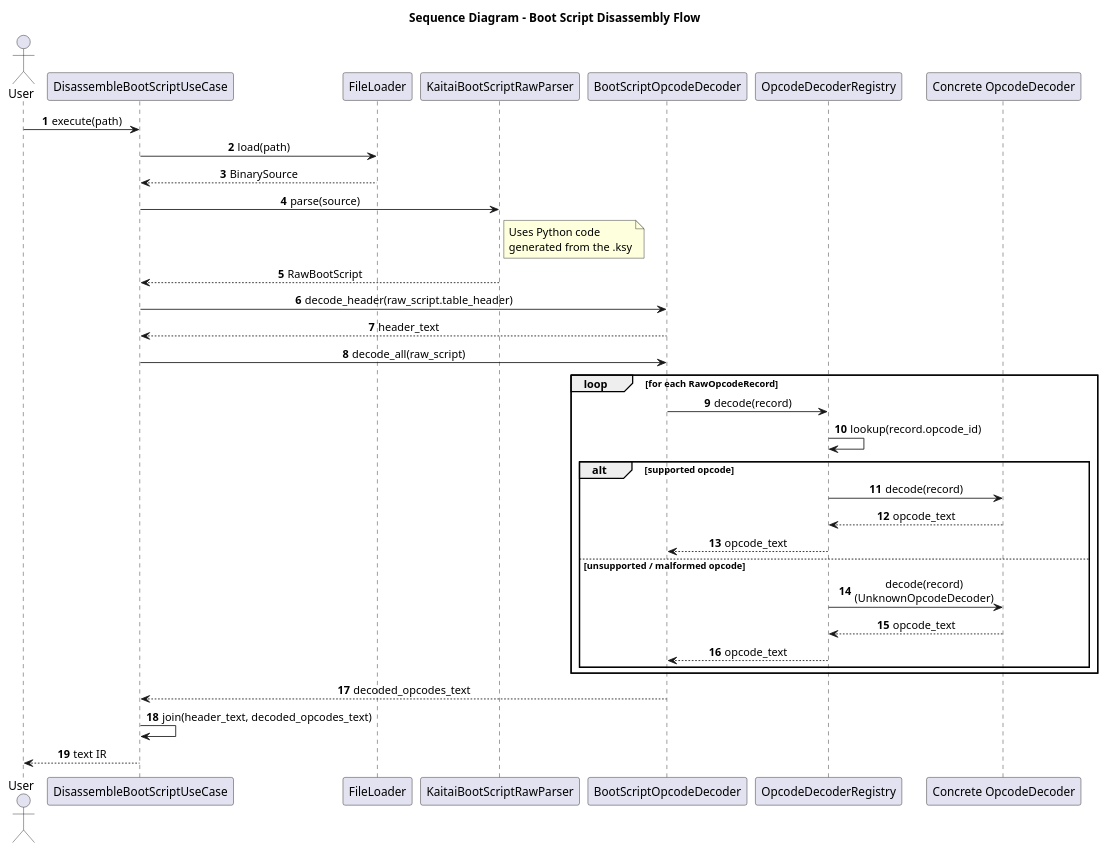
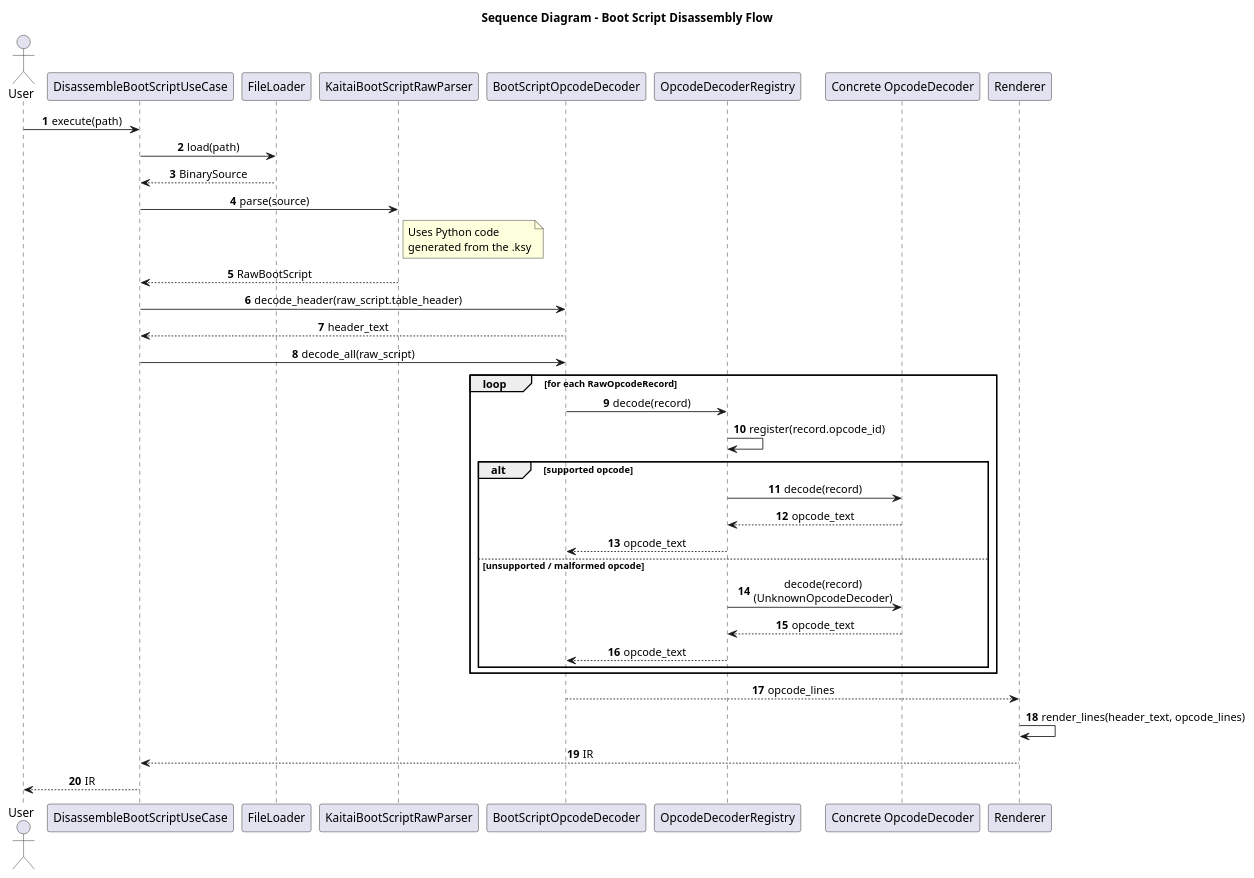
Before and after one commit to AguTrachta/s3bootscript-analyzer: the diagram in docs/diagrams/dissasembler_sequence_diagram.puml, drawn with PlantUML. The commit also changed 3 other files, not shown here.

Commit message:
refactor: diagrams updated

```diff
--- a/docs/diagrams/dissasembler_sequence_diagram.puml
+++ b/docs/diagrams/dissasembler_sequence_diagram.puml
@@ -1,53 +1,56 @@
 @startuml
 title Sequence Diagram - Boot Script Disassembly Flow
 
 autonumber
 skinparam shadowing false
 skinparam sequenceMessageAlign center
 skinparam responseMessageBelowArrow true
 
 actor User
 participant "DisassembleBootScriptUseCase" as UseCase
 participant "FileLoader" as FileLoader
 participant "KaitaiBootScriptRawParser" as RawParser
 participant "BootScriptOpcodeDecoder" as ScriptDecoder
 participant "OpcodeDecoderRegistry" as Registry
 participant "Concrete OpcodeDecoder" as ConcreteDecoder
 
 User -> UseCase : execute(path)
 
 UseCase -> FileLoader : load(path)
 FileLoader --> UseCase : BinarySource
 
 UseCase -> RawParser : parse(source)
 note right of RawParser
   Uses Python code
   generated from the .ksy
 end note
 RawParser --> UseCase : RawBootScript
 
 UseCase -> ScriptDecoder : decode_header(raw_script.table_header)
 ScriptDecoder --> UseCase : header_text
 
 UseCase -> ScriptDecoder : decode_all(raw_script)
 
 loop for each RawOpcodeRecord
   ScriptDecoder -> Registry : decode(record)
-  Registry -> Registry : lookup(record.opcode_id)
+  Registry -> Registry : register(record.opcode_id)
 
   alt supported opcode
     Registry -> ConcreteDecoder : decode(record)
     ConcreteDecoder --> Registry : opcode_text
     Registry --> ScriptDecoder : opcode_text
   else unsupported / malformed opcode
     Registry -> ConcreteDecoder : decode(record)\n(UnknownOpcodeDecoder)
     ConcreteDecoder --> Registry : opcode_text
     Registry --> ScriptDecoder : opcode_text
   end
 end
 
-ScriptDecoder --> UseCase : decoded_opcodes_text
+ScriptDecoder --> Renderer : opcode_lines
 
-UseCase -> UseCase : join(header_text, decoded_opcodes_text)
-UseCase --> User : text IR
+Renderer -> Renderer : render_lines(header_text, opcode_lines)
+
+Renderer --> UseCase : IR
+
+UseCase --> User : IR
 @enduml
```
